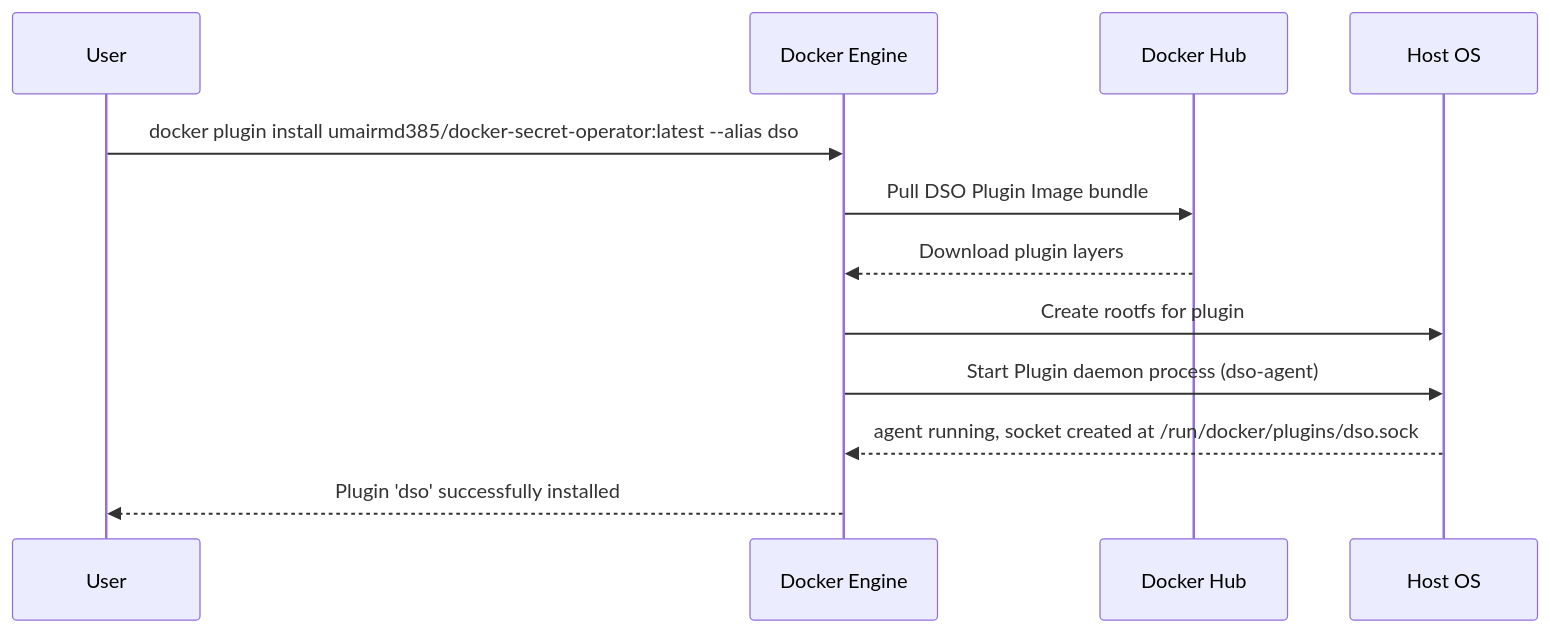
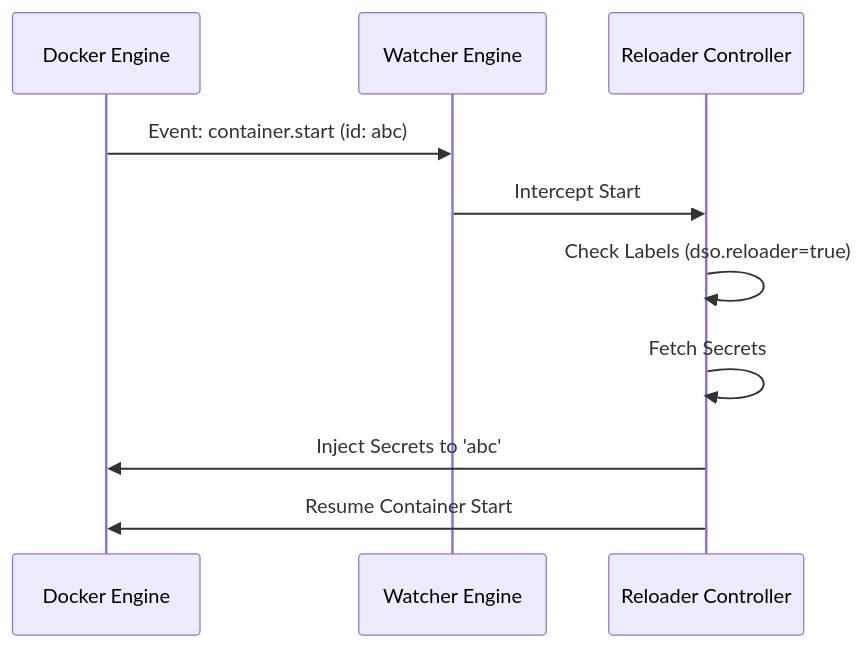
The second of 2 diagrams in docs/guide/architecture.md (umairmd385/docker-secret-operator), drawn with Mermaid before and after one commit. The commit also changed other lines of this file and 22 other files, not shown here.

````diff
--- a/docs/guide/architecture.md
+++ b/docs/guide/architecture.md
@@ -94,15 +59,13 @@
 ```mermaid
 sequenceDiagram
-    participant User
-    participant Docker as Docker Engine
-    participant Registry as Docker Hub
-    participant Host as Host OS
-
-    User->>Docker: docker plugin install umairmd385/docker-secret-operator:latest --alias dso
-    Docker->>Registry: Pull DSO Plugin Image bundle
-    Registry-->>Docker: Download plugin layers
-    Docker->>Host: Create rootfs for plugin
-    Docker->>Host: Start Plugin daemon process (dso-agent)
-    Host-->>Docker: agent running, socket created at /run/docker/plugins/dso.sock
-    Docker-->>User: Plugin 'dso' successfully installed
+    participant Engine as Docker Engine
+    participant Watcher as Watcher Engine
+    participant Reloader as Reloader Controller
+    
+    Engine->>Watcher: Event: container.start (id: abc)
+    Watcher->>Reloader: Intercept Start
+    Reloader->>Reloader: Check Labels (dso.reloader=true)
+    Reloader->>Reloader: Fetch Secrets
+    Reloader->>Engine: Inject Secrets to 'abc'
+    Reloader->>Engine: Resume Container Start
 ```
````
